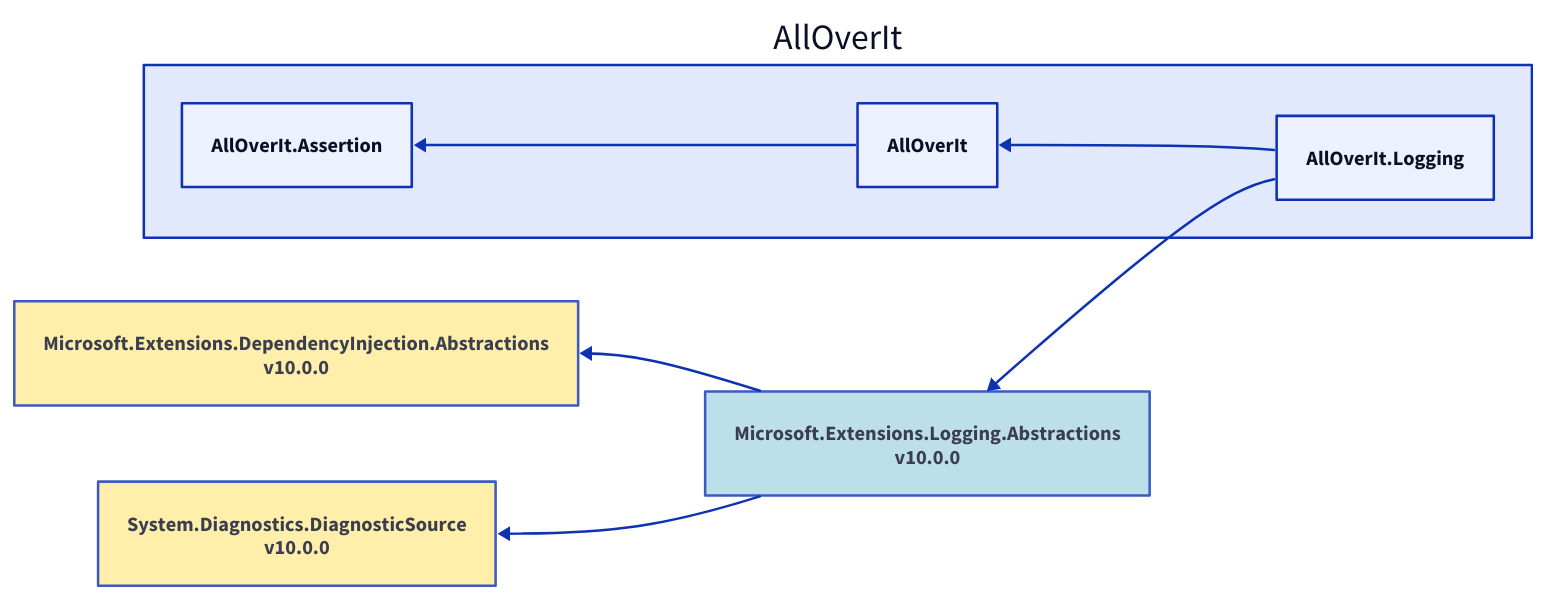
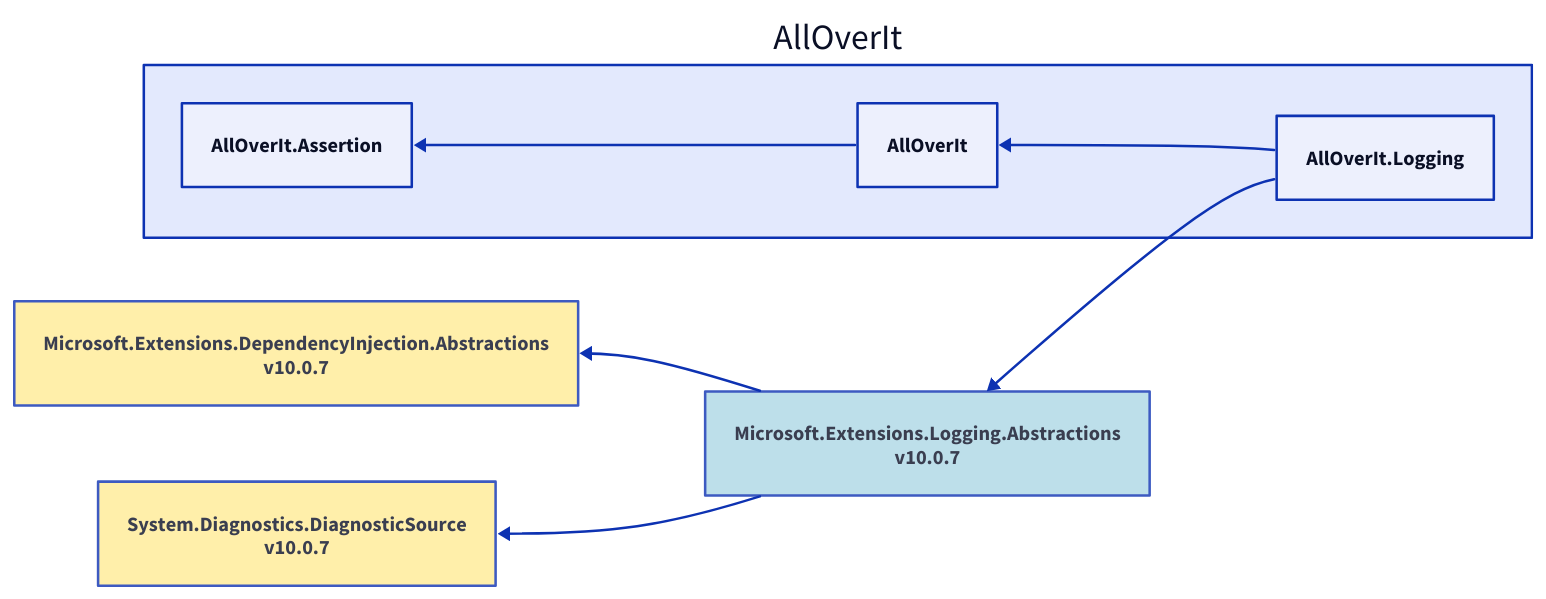
The diagram in Docs/Reference/Content/images/dependencies/net10.0/alloverit-logging.d2 (mjfreelancing/AllOverIt), drawn with D2 before and after one commit. The commit also changed 132 other files, not shown here.

```diff
--- a/Docs/Reference/Content/images/dependencies/net10.0/alloverit-logging.d2
+++ b/Docs/Reference/Content/images/dependencies/net10.0/alloverit-logging.d2
@@ -1,20 +1,20 @@
 direction: left
 
 aoi: AllOverIt
 aoi.alloverit-logging: AllOverIt.Logging
-microsoft-extensions-logging-abstractions_10-0-0: Microsoft.Extensions.Logging.Abstractions\nv10.0.0
-microsoft-extensions-logging-abstractions_10-0-0.style.fill: "#ADD8E6"
-microsoft-extensions-logging-abstractions_10-0-0.style.opacity: 0.8
-microsoft-extensions-dependencyinjection-abstractions_10-0-0: Microsoft.Extensions.DependencyInjection.Abstractions\nv10.0.0
-microsoft-extensions-dependencyinjection-abstractions_10-0-0.style.fill: "#FFEC96"
-microsoft-extensions-dependencyinjection-abstractions_10-0-0.style.opacity: 0.8
-microsoft-extensions-dependencyinjection-abstractions_10-0-0 <- microsoft-extensions-logging-abstractions_10-0-0
-system-diagnostics-diagnosticsource_10-0-0: System.Diagnostics.DiagnosticSource\nv10.0.0
-system-diagnostics-diagnosticsource_10-0-0.style.fill: "#FFEC96"
-system-diagnostics-diagnosticsource_10-0-0.style.opacity: 0.8
-system-diagnostics-diagnosticsource_10-0-0 <- microsoft-extensions-logging-abstractions_10-0-0
-microsoft-extensions-logging-abstractions_10-0-0 <- aoi.alloverit-logging
+microsoft-extensions-logging-abstractions_10-0-7: Microsoft.Extensions.Logging.Abstractions\nv10.0.7
+microsoft-extensions-logging-abstractions_10-0-7.style.fill: "#ADD8E6"
+microsoft-extensions-logging-abstractions_10-0-7.style.opacity: 0.8
+microsoft-extensions-dependencyinjection-abstractions_10-0-7: Microsoft.Extensions.DependencyInjection.Abstractions\nv10.0.7
+microsoft-extensions-dependencyinjection-abstractions_10-0-7.style.fill: "#FFEC96"
+microsoft-extensions-dependencyinjection-abstractions_10-0-7.style.opacity: 0.8
+microsoft-extensions-dependencyinjection-abstractions_10-0-7 <- microsoft-extensions-logging-abstractions_10-0-7
+system-diagnostics-diagnosticsource_10-0-7: System.Diagnostics.DiagnosticSource\nv10.0.7
+system-diagnostics-diagnosticsource_10-0-7.style.fill: "#FFEC96"
+system-diagnostics-diagnosticsource_10-0-7.style.opacity: 0.8
+system-diagnostics-diagnosticsource_10-0-7 <- microsoft-extensions-logging-abstractions_10-0-7
+microsoft-extensions-logging-abstractions_10-0-7 <- aoi.alloverit-logging
 aoi.alloverit: AllOverIt
 aoi.alloverit-assertion: AllOverIt.Assertion
 aoi.alloverit-assertion <- aoi.alloverit
 aoi.alloverit <- aoi.alloverit-logging
```
